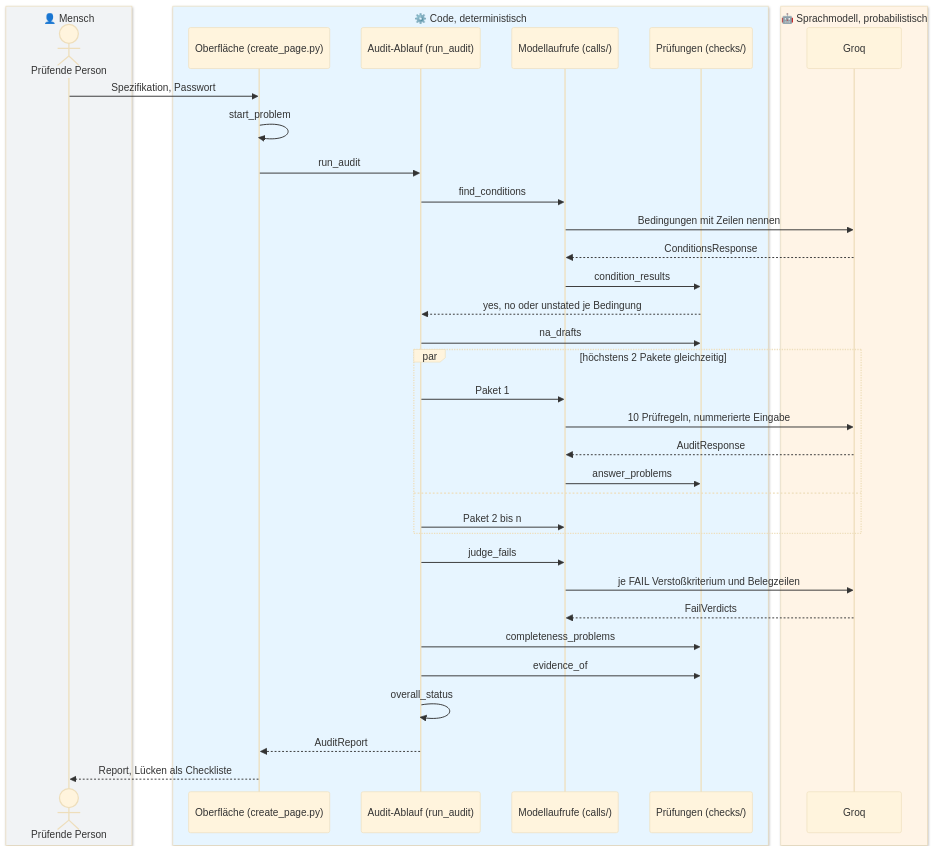
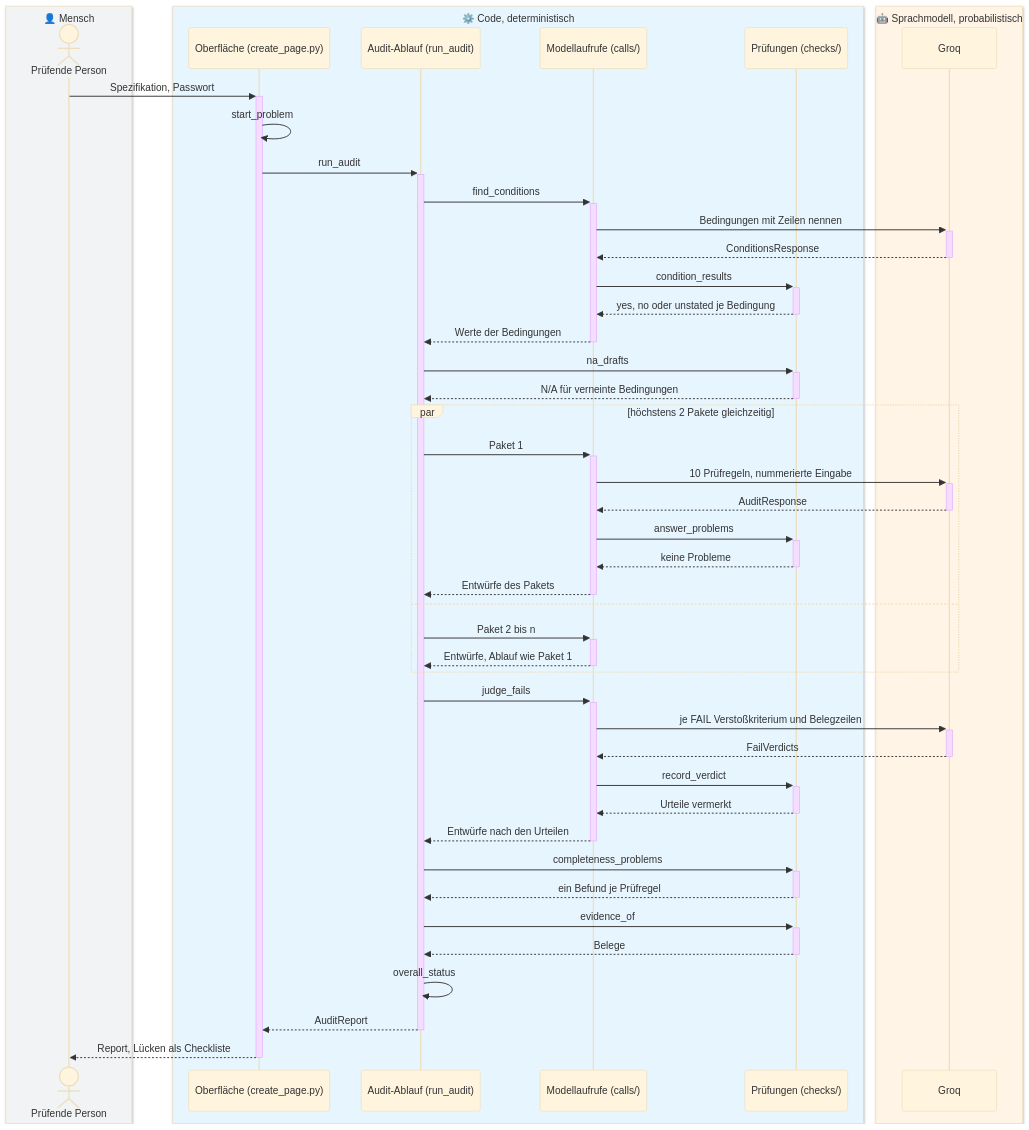
Diagram 17 of 25 in docs/ARCHITECTURE.md (Daniel74/GovGuard), drawn with Mermaid (base theme) before and after one commit. The commit also changed other lines of this file and 8 other files, not shown here.

Commit message:
#73 Architecture - second version

````diff
--- a/docs/ARCHITECTURE.md
+++ b/docs/ARCHITECTURE.md
@@ -1339,40 +1828,50 @@
 ```mermaid
 sequenceDiagram
   box rgb(241,243,245) 👤 Mensch
     actor P as Prüfende Person
   end
   box rgb(231,245,255) ⚙️ Code, deterministisch
     participant UI as Oberfläche (create_page.py)
     participant AE as Audit-Ablauf (run_audit)
     participant MC as Modellaufrufe (calls/)
     participant CH as Prüfungen (checks/)
   end
   box rgb(255,244,230) 🤖 Sprachmodell, probabilistisch
     participant M as Groq
   end
-  P->>UI: Spezifikation, Passwort
+  P->>+UI: Spezifikation, Passwort
   UI->>UI: start_problem
-  UI->>AE: run_audit
-  AE->>MC: find_conditions
-  MC->>M: Bedingungen mit Zeilen nennen
-  M-->>MC: ConditionsResponse
-  MC->>CH: condition_results
-  CH-->>AE: yes, no oder unstated je Bedingung
-  AE->>CH: na_drafts
+  UI->>+AE: run_audit
+  AE->>+MC: find_conditions
+  MC->>+M: Bedingungen mit Zeilen nennen
+  M-->>-MC: ConditionsResponse
+  MC->>+CH: condition_results
+  CH-->>-MC: yes, no oder unstated je Bedingung
+  MC-->>-AE: Werte der Bedingungen
+  AE->>+CH: na_drafts
+  CH-->>-AE: N/A für verneinte Bedingungen
   par höchstens 2 Pakete gleichzeitig
-    AE->>MC: Paket 1
-    MC->>M: 10 Prüfregeln, nummerierte Eingabe
-    M-->>MC: AuditResponse
-    MC->>CH: answer_problems
+    AE->>+MC: Paket 1
+    MC->>+M: 10 Prüfregeln, nummerierte Eingabe
+    M-->>-MC: AuditResponse
+    MC->>+CH: answer_problems
+    CH-->>-MC: keine Probleme
+    MC-->>-AE: Entwürfe des Pakets
   and
-    AE->>MC: Paket 2 bis n
+    AE->>+MC: Paket 2 bis n
+    MC-->>-AE: Entwürfe, Ablauf wie Paket 1
   end
-  AE->>MC: judge_fails
-  MC->>M: je FAIL Verstoßkriterium und Belegzeilen
-  M-->>MC: FailVerdicts
-  AE->>CH: completeness_problems
-  AE->>CH: evidence_of
+  AE->>+MC: judge_fails
+  MC->>+M: je FAIL Verstoßkriterium und Belegzeilen
+  M-->>-MC: FailVerdicts
+  MC->>+CH: record_verdict
+  CH-->>-MC: Urteile vermerkt
+  MC-->>-AE: Entwürfe nach den Urteilen
+  AE->>+CH: completeness_problems
+  CH-->>-AE: ein Befund je Prüfregel
+  AE->>+CH: evidence_of
+  CH-->>-AE: Belege
   AE->>AE: overall_status
-  AE-->>UI: AuditReport
-  UI-->>P: Report, Lücken als Checkliste
+  AE-->>-UI: AuditReport
+  UI-->>-P: Report, Lücken als Checkliste
 ```
````
